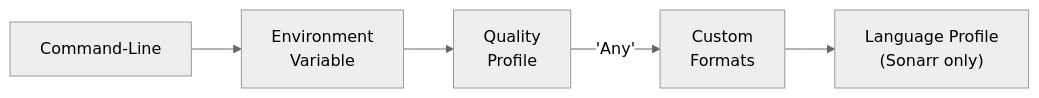
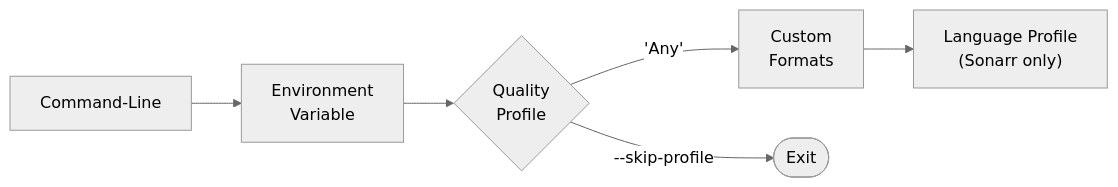
One commit to linuxserver/docker-mods changed the diagram in README.md. Above: the diagram before and after it, drawn with Mermaid (neutral theme). The commit also changed other lines of this file and 4 other files, not shown here.

````diff
--- a/README.md
+++ b/README.md
@@ -179,16 +179,18 @@
 ```mermaid
 graph LR
   A[Command-Line]
   B["Environment
   Variable"]
-  C["Quality
-  Profile"] 
+  C{"Quality
+  Profile"}
   D["Custom
   Formats"]
   E["Language Profile
   (Sonarr only)"]
+  F(["Exit"])
   A-->B
   B-->C
   C-- 'Any' -->D
+  C-- "--skip-profile" -->F
   D-->E
 ```
````
